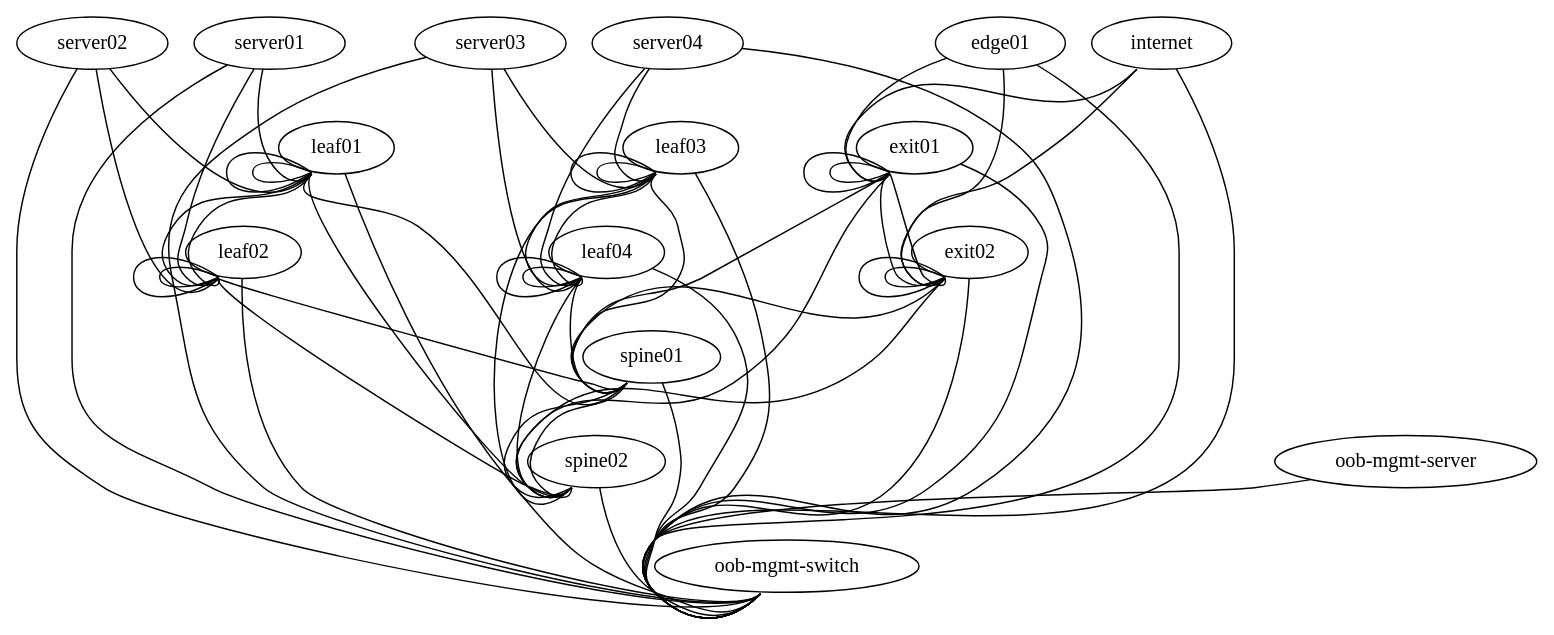
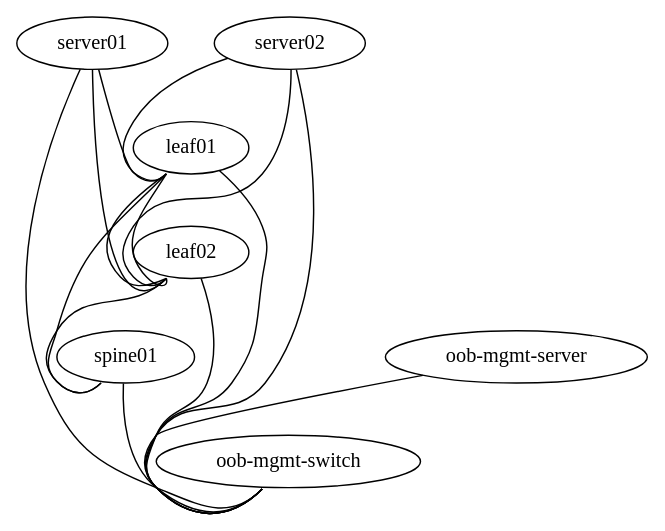
The diagram in roles/prepare-oob-server/files/topology.dot (jubetz/test-drive-air), drawn with Graphviz before and after one commit.

```diff
--- a/roles/prepare-oob-server/files/topology.dot
+++ b/roles/prepare-oob-server/files/topology.dot
@@ -1,77 +1,24 @@
 graph vx {
 
  # Leaf to Spine Connections
  "leaf01":"swp51" -- "spine01":"swp1"
  "leaf02":"swp51" -- "spine01":"swp2"
- "leaf03":"swp51" -- "spine01":"swp3"
- "leaf04":"swp51" -- "spine01":"swp4"
- "leaf01":"swp52" -- "spine02":"swp1"
- "leaf02":"swp52" -- "spine02":"swp2"
- "leaf03":"swp52" -- "spine02":"swp3"
- "leaf04":"swp52" -- "spine02":"swp4"
- "exit01":"swp51" -- "spine01":"swp30"
- "exit01":"swp52" -- "spine02":"swp30"
- "exit02":"swp51" -- "spine01":"swp29"
- "exit02":"swp52" -- "spine02":"swp29"
 
  # Leaf Peerlink Connections
  "leaf01":"swp49" -- "leaf02":"swp49"
  "leaf01":"swp50" -- "leaf02":"swp50"
- "leaf03":"swp49" -- "leaf04":"swp49"
- "leaf03":"swp50" -- "leaf04":"swp50"
- "exit01":"swp49" -- "exit02":"swp49"
- "exit01":"swp50" -- "exit02":"swp50"
-
- # Spine Peerlink Connections
- "spine01":"swp31" -- "spine02":"swp31"
- "spine01":"swp32" -- "spine02":"swp32"
-
+ 
  # Server to Leaf Connections
  "server01":"eth1" -- "leaf01":"swp1"
  "server01":"eth2" -- "leaf02":"swp1"
  "server02":"eth1" -- "leaf01":"swp2"
  "server02":"eth2" -- "leaf02":"swp2"
- "server03":"eth1" -- "leaf03":"swp1"
- "server03":"eth2" -- "leaf04":"swp1"
- "server04":"eth1" -- "leaf03":"swp2"
- "server04":"eth2" -- "leaf04":"swp2"
-
- # Hyperloop Connections
- "exit01":"swp45" -- "exit01":"swp46"
- "exit01":"swp47" -- "exit01":"swp48"
- "exit02":"swp45" -- "exit02":"swp46"
- "exit02":"swp47" -- "exit02":"swp48"
- "leaf01":"swp45" -- "leaf01":"swp46"
- "leaf01":"swp47" -- "leaf01":"swp48"
- "leaf02":"swp45" -- "leaf02":"swp46"
- "leaf02":"swp47" -- "leaf02":"swp48"
- "leaf03":"swp45" -- "leaf03":"swp46"
- "leaf03":"swp47" -- "leaf03":"swp48"
- "leaf04":"swp45" -- "leaf04":"swp46"
- "leaf04":"swp47" -- "leaf04":"swp48"
-
- # External Peering Connections
- "internet":"swp1" -- "exit01":"swp44"
- "internet":"swp2" -- "exit02":"swp44"
-
- # Edge Server to Exit Leaf Connections
- "edge01":"eth1" -- "exit01":"swp1"
- "edge01":"eth2" -- "exit02":"swp1"
 
  # Management Network
  "oob-mgmt-server":"eth1" -- "oob-mgmt-switch":"swp1"
  "server01":"eth0" -- "oob-mgmt-switch":"swp2"
  "server02":"eth0" -- "oob-mgmt-switch":"swp3"
- "server03":"eth0" -- "oob-mgmt-switch":"swp4"
- "server04":"eth0" -- "oob-mgmt-switch":"swp5"
- "leaf01":"eth0" -- "oob-mgmt-switch":"swp6"
- "leaf02":"eth0" -- "oob-mgmt-switch":"swp7"
- "leaf03":"eth0" -- "oob-mgmt-switch":"swp8"
- "leaf04":"eth0" -- "oob-mgmt-switch":"swp9"
- "spine01":"eth0" -- "oob-mgmt-switch":"swp10"
- "spine02":"eth0" -- "oob-mgmt-switch":"swp11"
- "exit01":"eth0" -- "oob-mgmt-switch":"swp12"
- "exit02":"eth0" -- "oob-mgmt-switch":"swp13"
- "edge01":"eth0" -- "oob-mgmt-switch":"swp14"
- "internet":"eth0" -- "oob-mgmt-switch":"swp15"
+ "leaf01":"eth0" -- "oob-mgmt-switch":"swp4"
+ "leaf02":"eth0" -- "oob-mgmt-switch":"swp5"
+ "spine01":"eth0" -- "oob-mgmt-switch":"swp6"
 }
```
